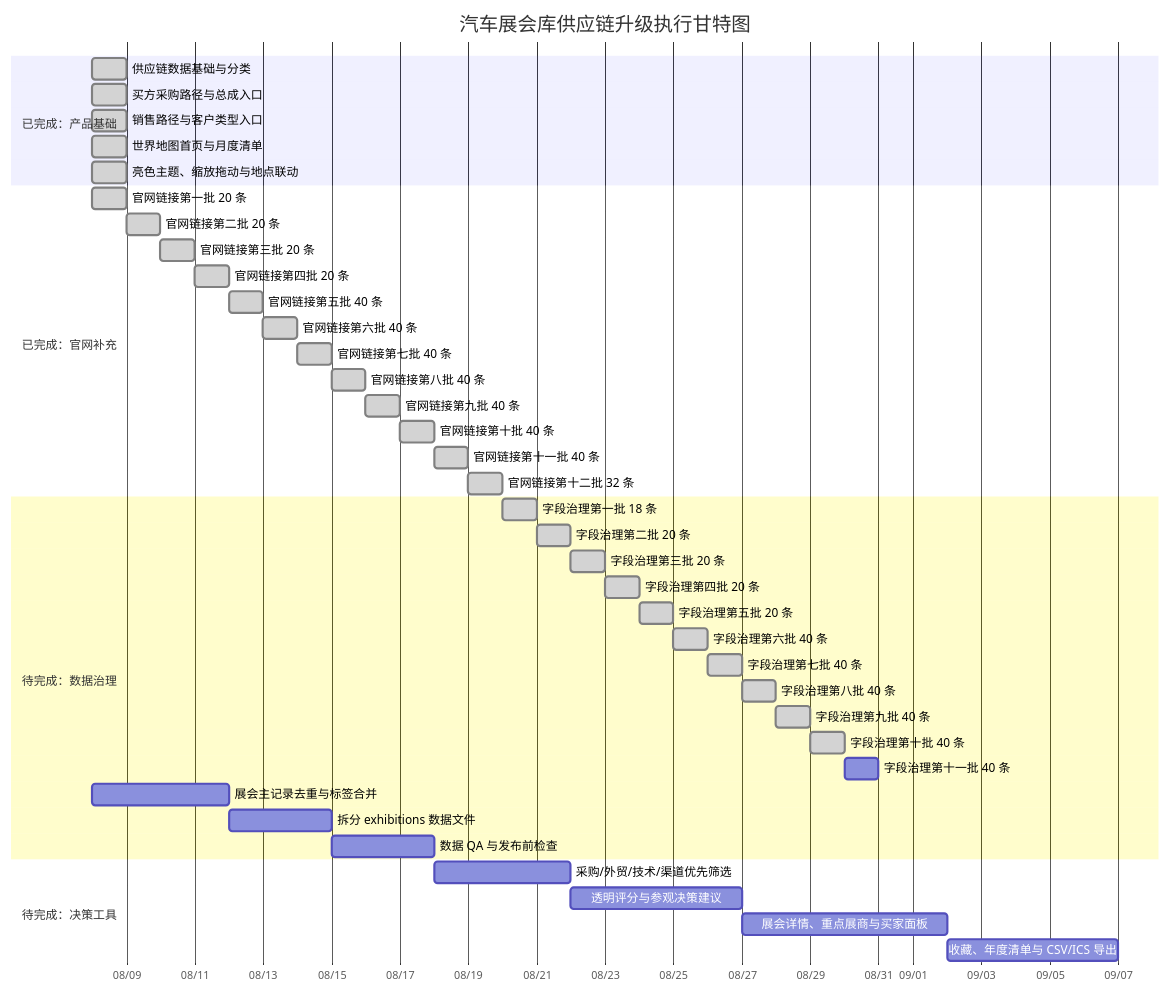
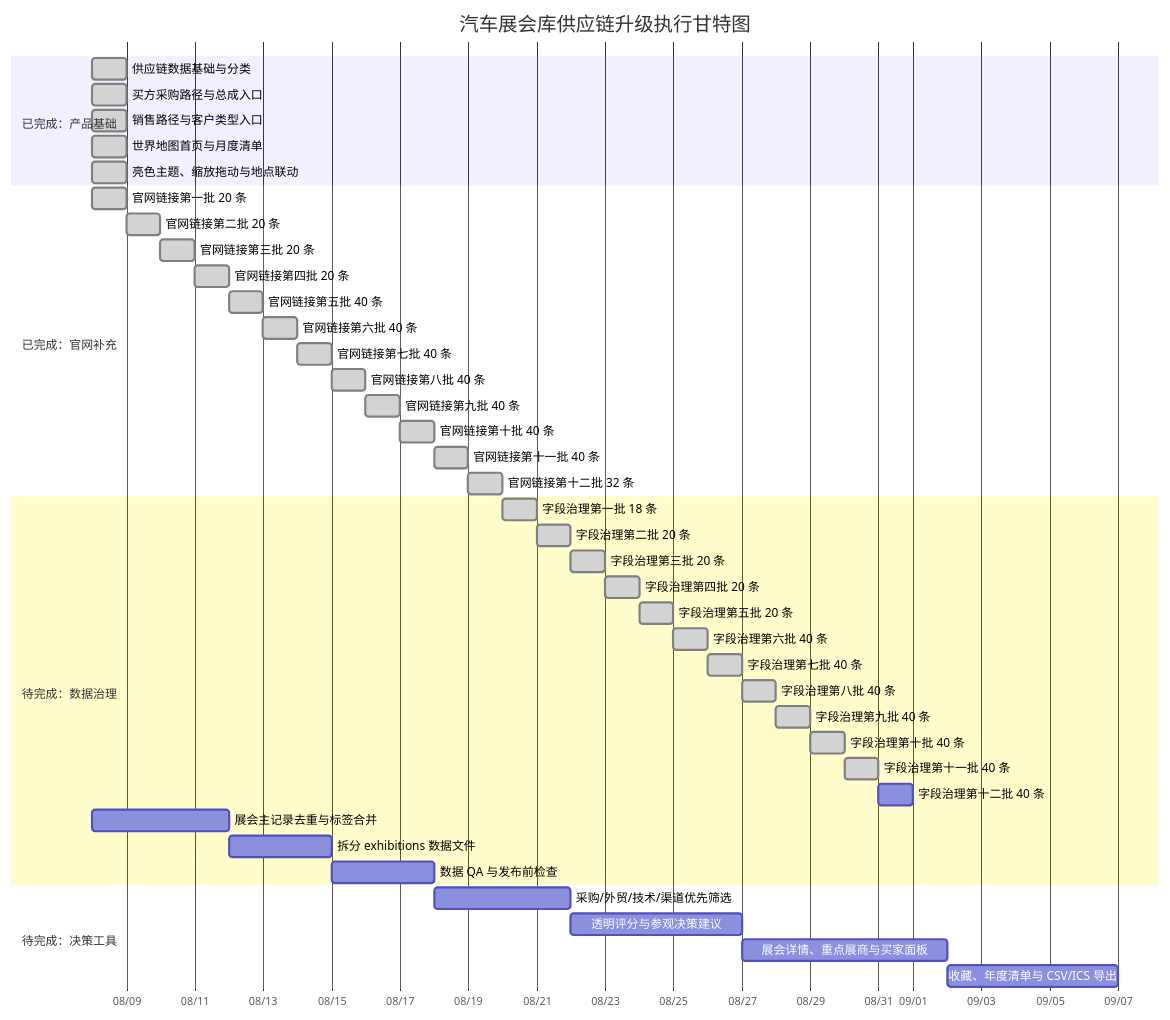
The diagram in docs/PROJECT_PROGRESS.md (Cloudyluk/auto-expo), drawn with Mermaid before and after one commit. The commit also changed other lines of this file and 3 other files, not shown here.

````diff
--- a/docs/PROJECT_PROGRESS.md
+++ b/docs/PROJECT_PROGRESS.md
@@ -20,45 +20,46 @@
 ```mermaid
 gantt
     title 汽车展会库供应链升级执行甘特图
     dateFormat  YYYY-MM-DD
     axisFormat  %m/%d
     section 已完成：产品基础
     供应链数据基础与分类             :done, foundation, 2026-08-08, 1d
     买方采购路径与总成入口           :done, buyer, 2026-08-08, 1d
     销售路径与客户类型入口           :done, seller, 2026-08-08, 1d
     世界地图首页与月度清单           :done, map, 2026-08-08, 1d
     亮色主题、缩放拖动与地点联动     :done, interaction, 2026-08-08, 1d
     section 已完成：官网补充
     官网链接第一批 20 条             :done, links1, 2026-08-08, 1d
     官网链接第二批 20 条             :done, links2, after links1, 1d
     官网链接第三批 20 条             :done, links3, after links2, 1d
     官网链接第四批 20 条             :done, links4, after links3, 1d
     官网链接第五批 40 条             :done, links5done, after links4, 1d
     官网链接第六批 40 条             :done, links6done, after links5done, 1d
     官网链接第七批 40 条             :done, links7done, after links6done, 1d
     官网链接第八批 40 条             :done, links8done, after links7done, 1d
     官网链接第九批 40 条             :done, links9done, after links8done, 1d
     官网链接第十批 40 条             :done, links10done, after links9done, 1d
     官网链接第十一批 40 条           :done, links11done, after links10done, 1d
     官网链接第十二批 32 条           :done, links12done, after links11done, 1d
     section 待完成：数据治理
     字段治理第一批 18 条             :done, fields1, after links12done, 1d
     字段治理第二批 20 条             :done, fields2, after fields1, 1d
     字段治理第三批 20 条             :done, fields3, after fields2, 1d
     字段治理第四批 20 条             :done, fields4, after fields3, 1d
     字段治理第五批 20 条             :done, fields5, after fields4, 1d
     字段治理第六批 40 条             :done, fields6, after fields5, 1d
     字段治理第七批 40 条             :done, fields7, after fields6, 1d
     字段治理第八批 40 条             :done, fields8, after fields7, 1d
     字段治理第九批 40 条             :done, fields9, after fields8, 1d
     字段治理第十批 40 条             :done, fields10, after fields9, 1d
-    字段治理第十一批 40 条           :fields11, after fields10, 1d
+    字段治理第十一批 40 条           :done, fields11, after fields10, 1d
+    字段治理第十二批 40 条           :fields12, after fields11, 1d
     展会主记录去重与标签合并         :dedupe, after fields, 4d
     拆分 exhibitions 数据文件        :split, after dedupe, 3d
     数据 QA 与发布前检查              :qa, after split, 3d
     section 待完成：决策工具
     采购/外贸/技术/渠道优先筛选       :filters, after qa, 4d
     透明评分与参观决策建议           :score, after filters, 5d
     展会详情、重点展商与买家面板      :detail, after score, 6d
     收藏、年度清单与 CSV/ICS 导出     :plan, after detail, 5d
 ```
````
